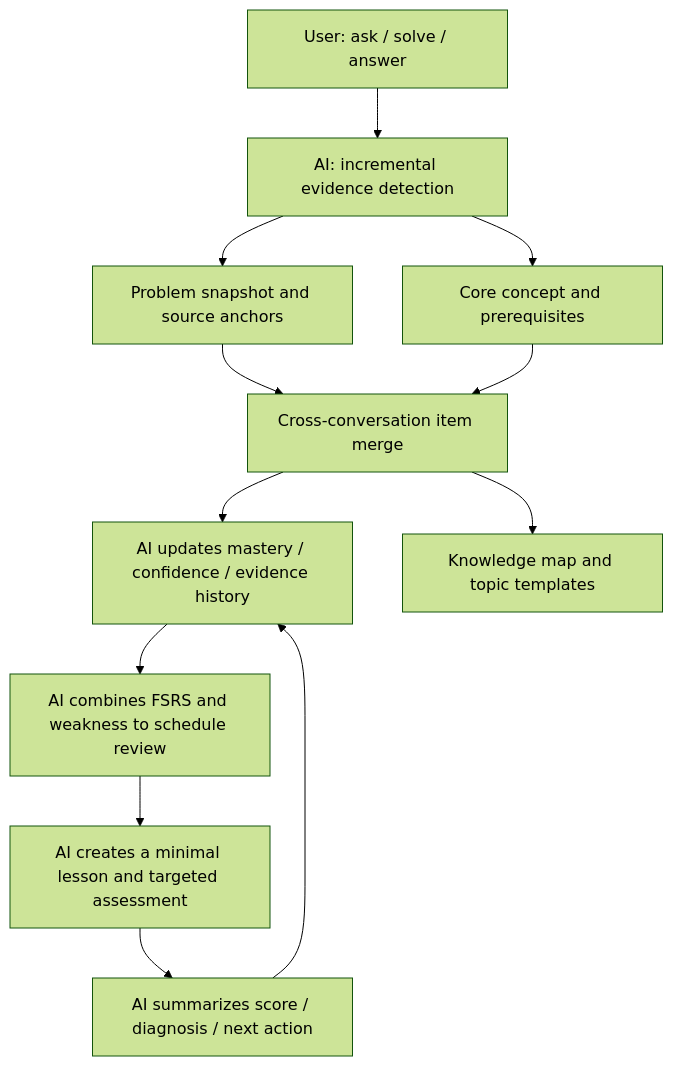
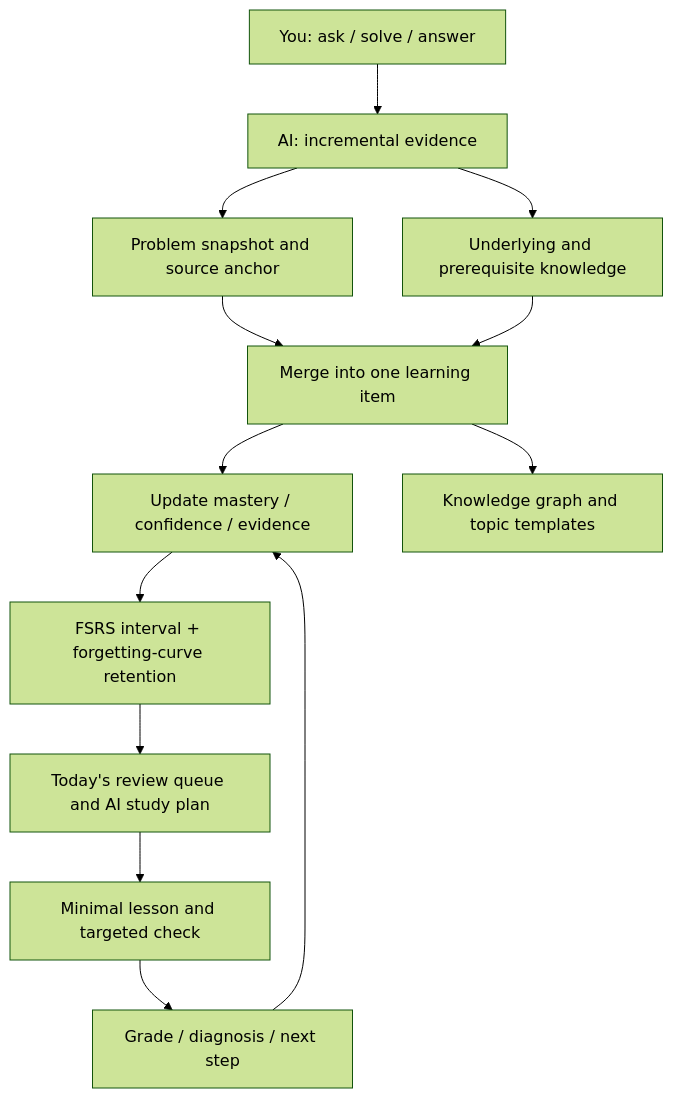
One commit to huaxx-lab/LeetLens changed the diagram in README.en.md. Above: the diagram before and after it, drawn with Mermaid (forest theme). The commit also changed other lines of this file and 291 other files, not shown here.

````diff
--- a/README.en.md
+++ b/README.en.md
@@ -136,14 +174,15 @@
 ```mermaid
 flowchart TD
-  A[User: ask / solve / answer] --> B[AI: incremental evidence detection]
-  B --> C[Problem snapshot and source anchors]
-  B --> D[Core concept and prerequisites]
-  C --> E[Cross-conversation item merge]
+  A[You: ask / solve / answer] --> B[AI: incremental evidence]
+  B --> C[Problem snapshot and source anchor]
+  B --> D[Underlying and prerequisite knowledge]
+  C --> E[Merge into one learning item]
   D --> E
-  E --> F[AI updates mastery / confidence / evidence history]
-  F --> G[AI combines FSRS and weakness to schedule review]
-  G --> H[AI creates a minimal lesson and targeted assessment]
-  H --> I[AI summarizes score / diagnosis / next action]
-  I --> F
-  E --> J[Knowledge map and topic templates]
+  E --> F[Update mastery / confidence / evidence]
+  F --> G[FSRS interval + forgetting-curve retention]
+  G --> H[Today's review queue and AI study plan]
+  H --> I[Minimal lesson and targeted check]
+  I --> J[Grade / diagnosis / next step]
+  J --> F
+  E --> K[Knowledge graph and topic templates]
 ```
````
